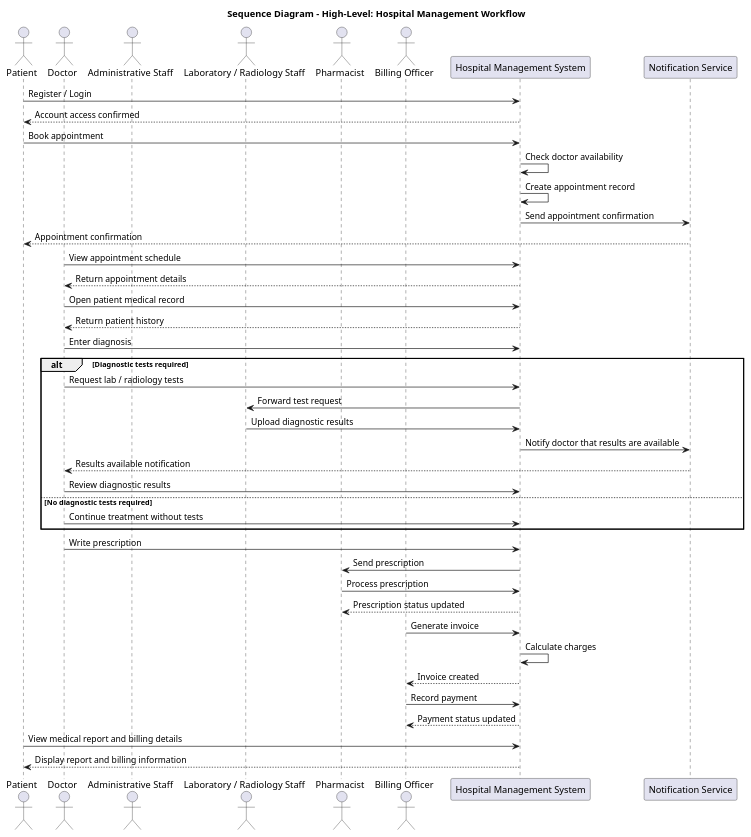
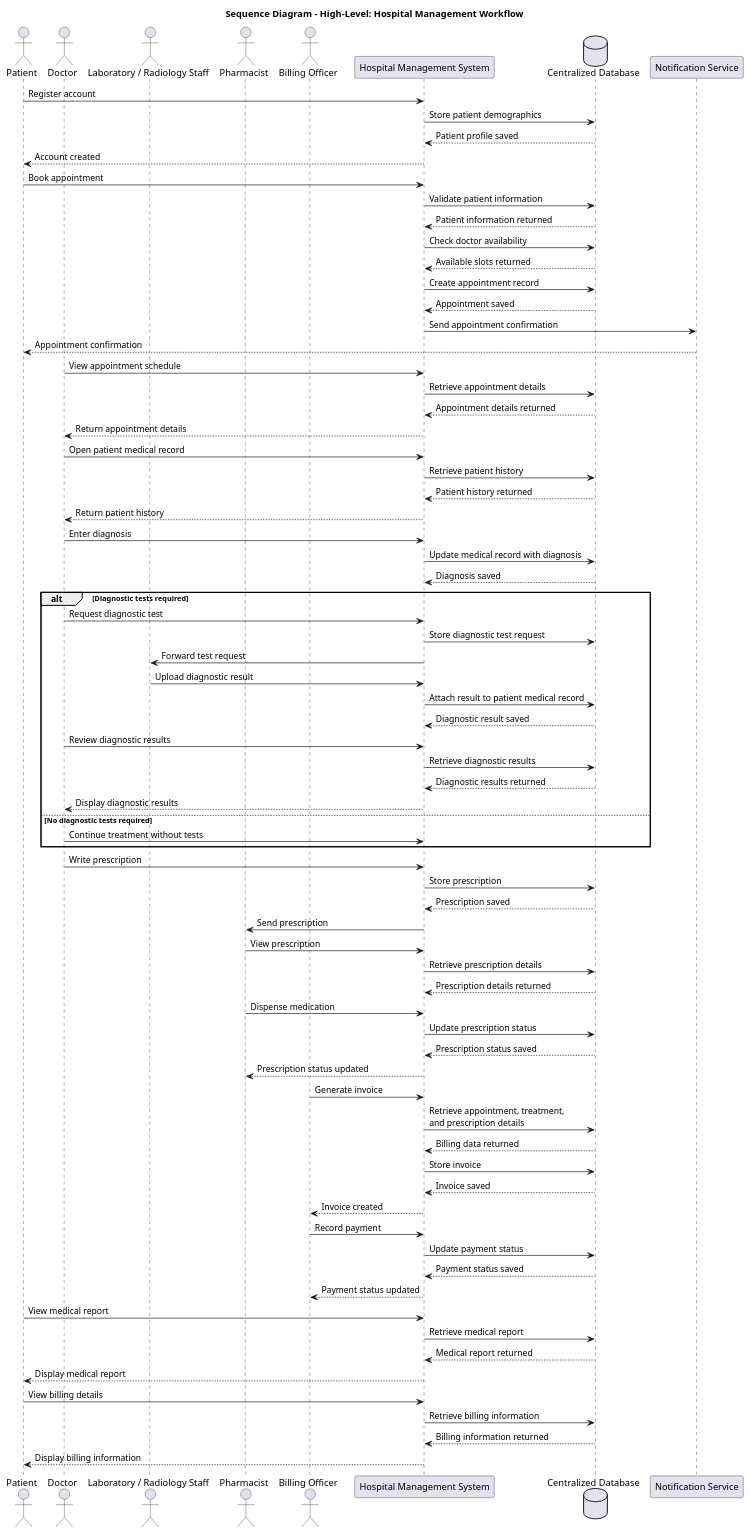
One commit to hamztion/Software_Project_Group8 changed the diagram in uml/sequence_highlevel.puml. Above: the diagram before and after it, drawn with PlantUML. The commit also changed 1 other file, not shown here.

Commit message:
Update high-level sequence diagram with database

```diff
--- a/uml/sequence_highlevel.puml
+++ b/uml/sequence_highlevel.puml
@@ -1,61 +1,97 @@
 @startuml
 title Sequence Diagram - High-Level: Hospital Management Workflow
 
 actor Patient as patient
 actor Doctor as doctor
-actor "Administrative Staff" as admin
 actor "Laboratory / Radiology Staff" as dept
 actor Pharmacist as pharmacist
 actor "Billing Officer" as billing
 
 participant "Hospital Management System" as hms
+database "Centralized Database" as db
 participant "Notification Service" as notif
 
-patient -> hms : Register / Login
-hms --> patient : Account access confirmed
+patient -> hms : Register account
+hms -> db : Store patient demographics
+db --> hms : Patient profile saved
+hms --> patient : Account created
 
 patient -> hms : Book appointment
-hms -> hms : Check doctor availability
-hms -> hms : Create appointment record
+hms -> db : Validate patient information
+db --> hms : Patient information returned
+hms -> db : Check doctor availability
+db --> hms : Available slots returned
+hms -> db : Create appointment record
+db --> hms : Appointment saved
 
 hms -> notif : Send appointment confirmation
 notif --> patient : Appointment confirmation
 
 doctor -> hms : View appointment schedule
+hms -> db : Retrieve appointment details
+db --> hms : Appointment details returned
 hms --> doctor : Return appointment details
 
 doctor -> hms : Open patient medical record
+hms -> db : Retrieve patient history
+db --> hms : Patient history returned
 hms --> doctor : Return patient history
 
 doctor -> hms : Enter diagnosis
+hms -> db : Update medical record with diagnosis
+db --> hms : Diagnosis saved
 
 alt Diagnostic tests required
-    doctor -> hms : Request lab / radiology tests
+    doctor -> hms : Request diagnostic test
+    hms -> db : Store diagnostic test request
     hms -> dept : Forward test request
 
-    dept -> hms : Upload diagnostic results
-    hms -> notif : Notify doctor that results are available
-    notif --> doctor : Results available notification
+    dept -> hms : Upload diagnostic result
+    hms -> db : Attach result to patient medical record
+    db --> hms : Diagnostic result saved
 
     doctor -> hms : Review diagnostic results
+    hms -> db : Retrieve diagnostic results
+    db --> hms : Diagnostic results returned
+    hms --> doctor : Display diagnostic results
 else No diagnostic tests required
     doctor -> hms : Continue treatment without tests
 end
 
 doctor -> hms : Write prescription
+hms -> db : Store prescription
+db --> hms : Prescription saved
 hms -> pharmacist : Send prescription
 
-pharmacist -> hms : Process prescription
+pharmacist -> hms : View prescription
+hms -> db : Retrieve prescription details
+db --> hms : Prescription details returned
+
+pharmacist -> hms : Dispense medication
+hms -> db : Update prescription status
+db --> hms : Prescription status saved
 hms --> pharmacist : Prescription status updated
 
 billing -> hms : Generate invoice
-hms -> hms : Calculate charges
+hms -> db : Retrieve appointment, treatment,\nand prescription details
+db --> hms : Billing data returned
+hms -> db : Store invoice
+db --> hms : Invoice saved
 hms --> billing : Invoice created
 
 billing -> hms : Record payment
+hms -> db : Update payment status
+db --> hms : Payment status saved
 hms --> billing : Payment status updated
 
-patient -> hms : View medical report and billing details
-hms --> patient : Display report and billing information
+patient -> hms : View medical report
+hms -> db : Retrieve medical report
+db --> hms : Medical report returned
+hms --> patient : Display medical report
+
+patient -> hms : View billing details
+hms -> db : Retrieve billing information
+db --> hms : Billing information returned
+hms --> patient : Display billing information
 
 @enduml
```
